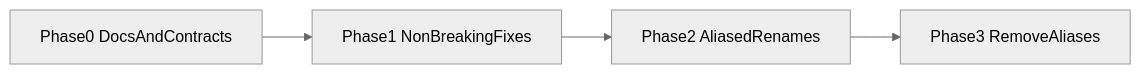
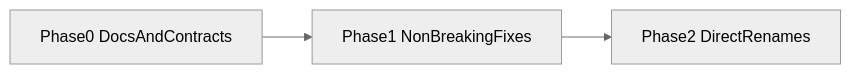
Before and after one commit to sverg84/kkds: the second of 2 diagrams in artifacts/kitchenkin-ds/docs/api-consistency-audit.md, drawn with Mermaid (neutral theme). The commit also changed other lines of this file and 17 other files, not shown here.

First line of the commit message:
feat(kkds): direct pre-adoption API renames (no aliases)

````diff
--- a/artifacts/kitchenkin-ds/docs/api-consistency-audit.md
+++ b/artifacts/kitchenkin-ds/docs/api-consistency-audit.md
@@ -445,8 +445,7 @@
 ```mermaid
 flowchart LR
   phase0[Phase0 DocsAndContracts]
   phase1[Phase1 NonBreakingFixes]
-  phase2[Phase2 AliasedRenames]
-  phase3[Phase3 RemoveAliases]
-  phase0 --> phase1 --> phase2 --> phase3
+  phase2[Phase2 DirectRenames]
+  phase0 --> phase1 --> phase2
 ```
````
